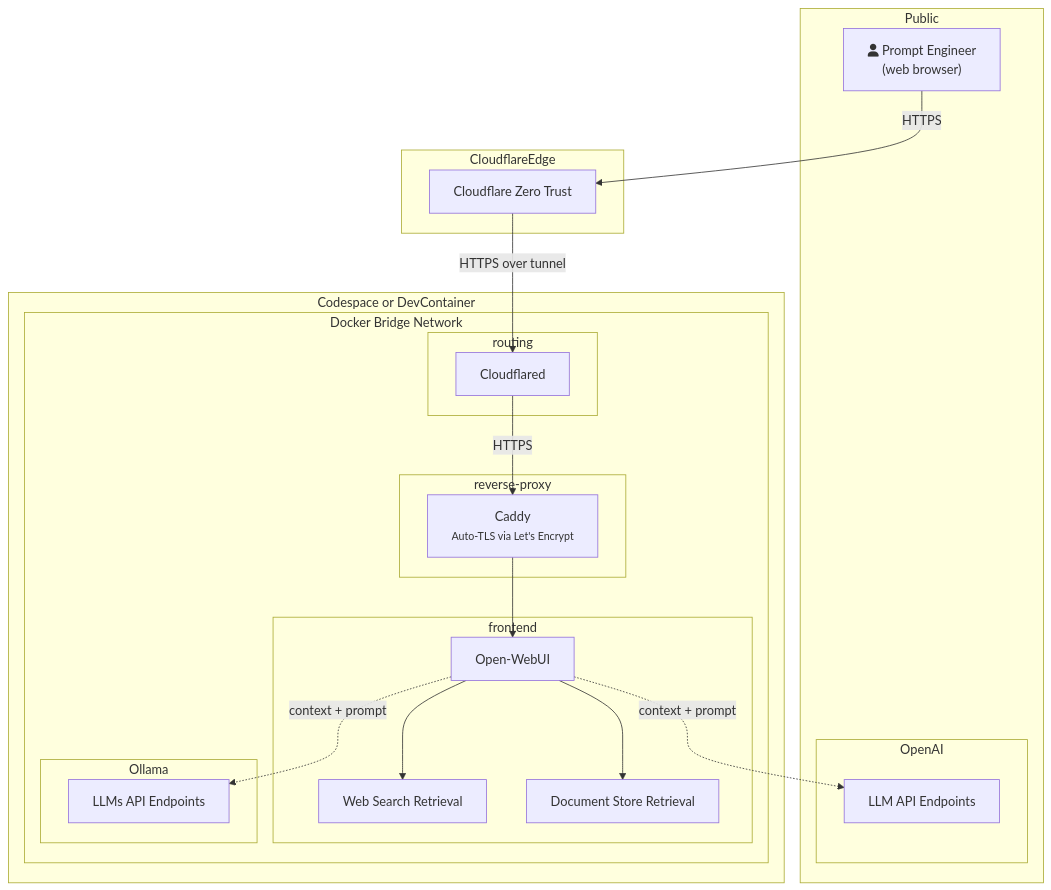
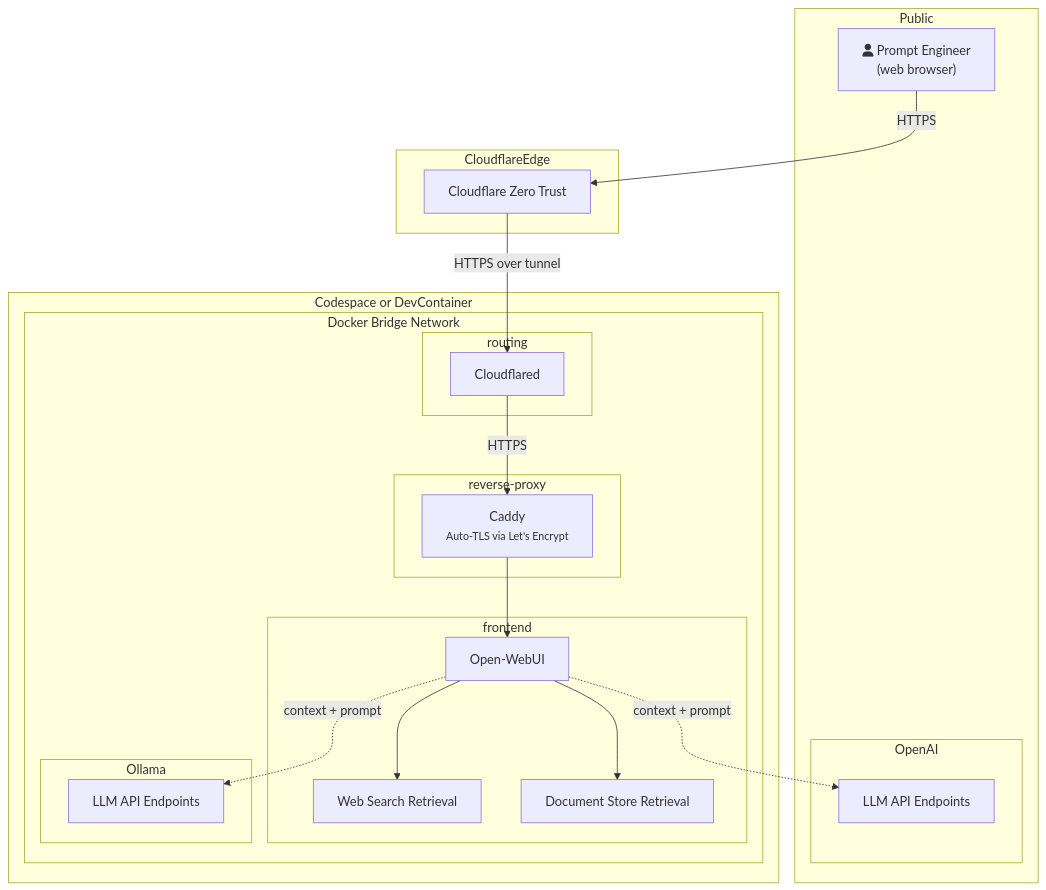
The diagram in docs/software-engineering/dev-environment/secure-dev-env/index.md (piky/blog), drawn with Mermaid before and after one commit.

Commit message:
chore: word spell check

````diff
--- a/docs/software-engineering/dev-environment/secure-dev-env/index.md
+++ b/docs/software-engineering/dev-environment/secure-dev-env/index.md
@@ -12,51 +12,52 @@
 ```mermaid
 flowchart TD
     %% External actors
     subgraph Public
         user["fa:fa-user Prompt Engineer\n(web browser)"]
             subgraph OpenAI
                 openai["LLM API Endpoints"]
             end
     end
 
     %% Cloudflare side
     subgraph CloudflareEdge
         cf["Cloudflare Zero Trust"]
     end
 
     %% Corporate network behind firewall
     subgraph Codespace or DevContainer
 
         subgraph Docker Bridge Network
 
             subgraph routing
                 firewall["Cloudflared"]
             end
 
             subgraph reverse-proxy
                 caddy["Caddy \n<small> Auto-TLS via Let's Encrypt</small>"]
             end
 
             subgraph frontend
                 fe_app["Open-WebUI"]
                 rag_web["Web Search Retrieval"]
                 rag_doc["Document Store Retrieval"]
             end
+            
             subgraph Ollama
-                ollama["LLMs API Endpoints"]
+                ollama["LLM API Endpoints"]
             end
         end
     end
 
     %% Flow
     user  -->|HTTPS| cf
     cf    -->|HTTPS over tunnel| firewall
     firewall -->|HTTPS| caddy
     caddy --> fe_app
 
     fe_app --> rag_web
     fe_app --> rag_doc
     fe_app -.->|context + prompt| ollama
 
     fe_app -.->|context + prompt| openai
 ```
````
